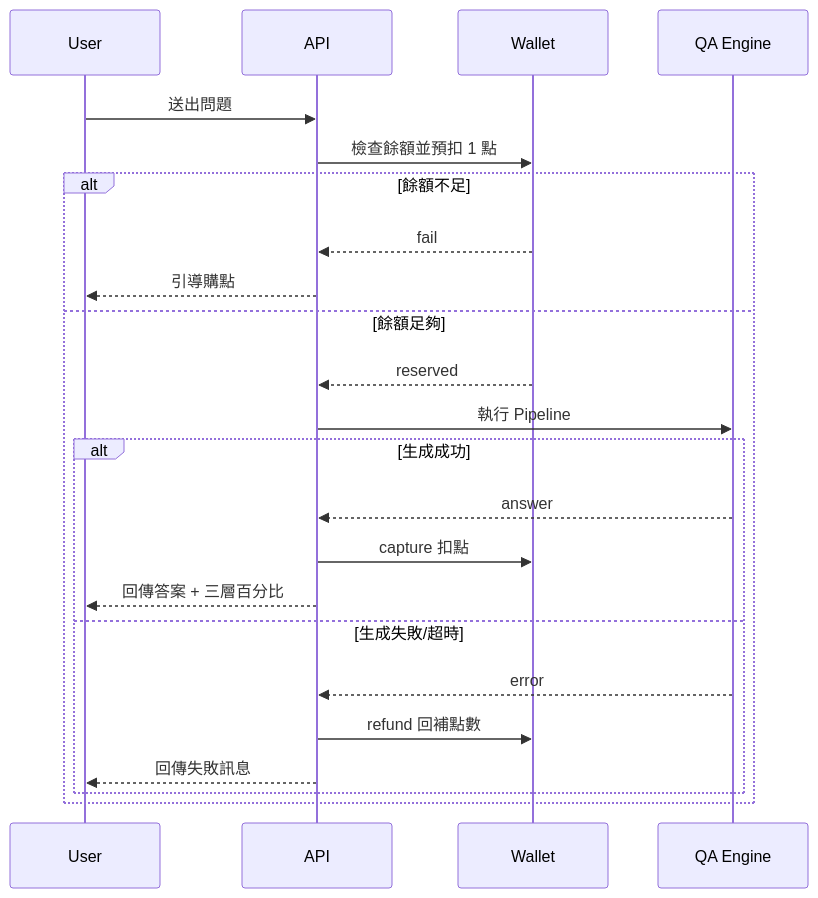
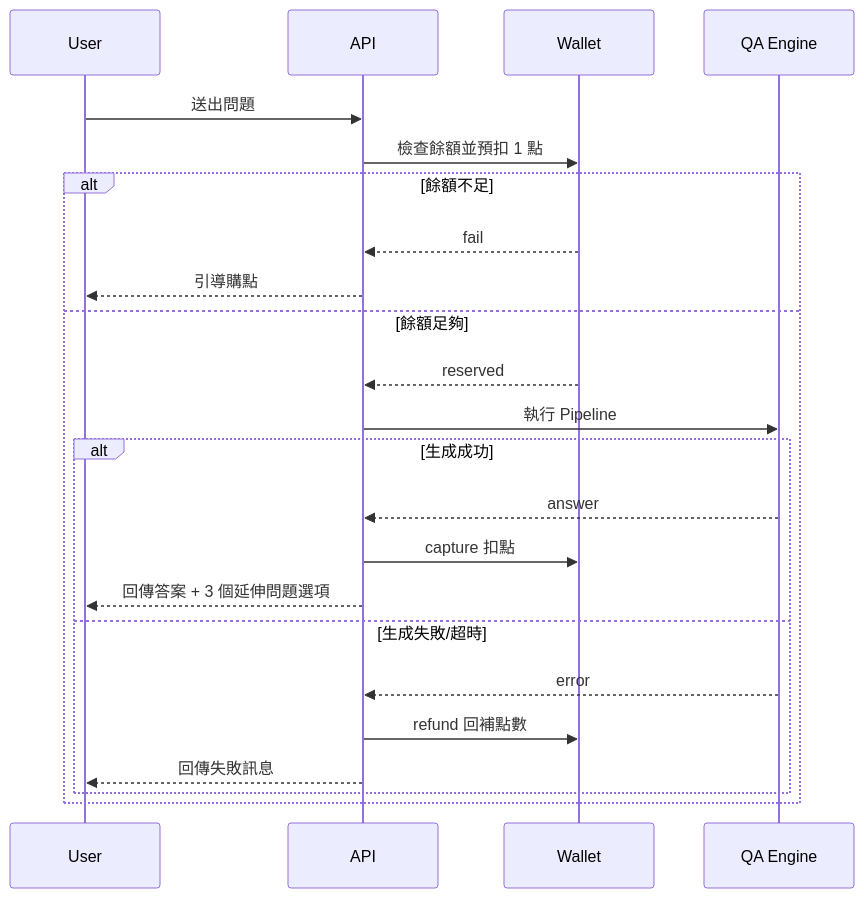
One commit to kevin1kevin1k/cyber-oracle changed the second of 2 diagrams in docs/PRD.md. Above: the diagram before and after it, drawn with Mermaid. The commit also changed other lines of this file and 2 other files, not shown here.

Commit message:
docs: update PRD v0.5 and align TODO roadmap

````diff
--- a/docs/PRD.md
+++ b/docs/PRD.md
@@ -86,25 +87,25 @@
 ```mermaid
 sequenceDiagram
   participant U as User
   participant API as API
   participant W as Wallet
   participant ENG as QA Engine
   U->>API: 送出問題
   API->>W: 檢查餘額並預扣 1 點
   alt 餘額不足
     W-->>API: fail
     API-->>U: 引導購點
   else 餘額足夠
     W-->>API: reserved
     API->>ENG: 執行 Pipeline
     alt 生成成功
       ENG-->>API: answer
       API->>W: capture 扣點
-      API-->>U: 回傳答案 + 三層百分比
+      API-->>U: 回傳答案 + 3 個延伸問題選項
     else 生成失敗/超時
       ENG-->>API: error
       API->>W: refund 回補點數
       API-->>U: 回傳失敗訊息
     end
   end
 ```
````
